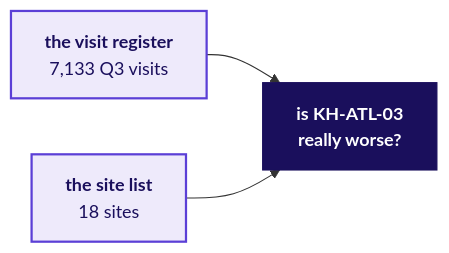
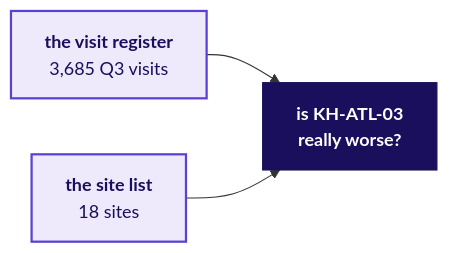
Diagram 11 of 22 in content/W03/D1/slides/C2_W03_D01_introduction_STUDENT.md (fde-academy-lab/c2-content-factory), drawn with Mermaid before and after one commit. The commit also changed other lines of this file and 8 other files, not shown here.

````diff
--- a/content/W03/D1/slides/C2_W03_D01_introduction_STUDENT.md
+++ b/content/W03/D1/slides/C2_W03_D01_introduction_STUDENT.md
@@ -633,9 +633,9 @@
 ```mermaid
 flowchart LR
-    A["<b>the visit register</b><br/>7,133 Q3 visits"] --> Q["<b>is KH-ATL-03<br/>really worse?</b>"]
+    A["<b>the visit register</b><br/>3,685 Q3 visits"] --> Q["<b>is KH-ATL-03<br/>really worse?</b>"]
     S["<b>the site list</b><br/>18 sites"] --> Q
     classDef known fill:#EEEAFB,stroke:#5B3FD6,color:#1A0F5C,stroke-width:2px
     classDef dark fill:#1A0F5C,stroke:#1A0F5C,color:#FFFFFF
     class A,S known
     class Q dark
 ```
````
